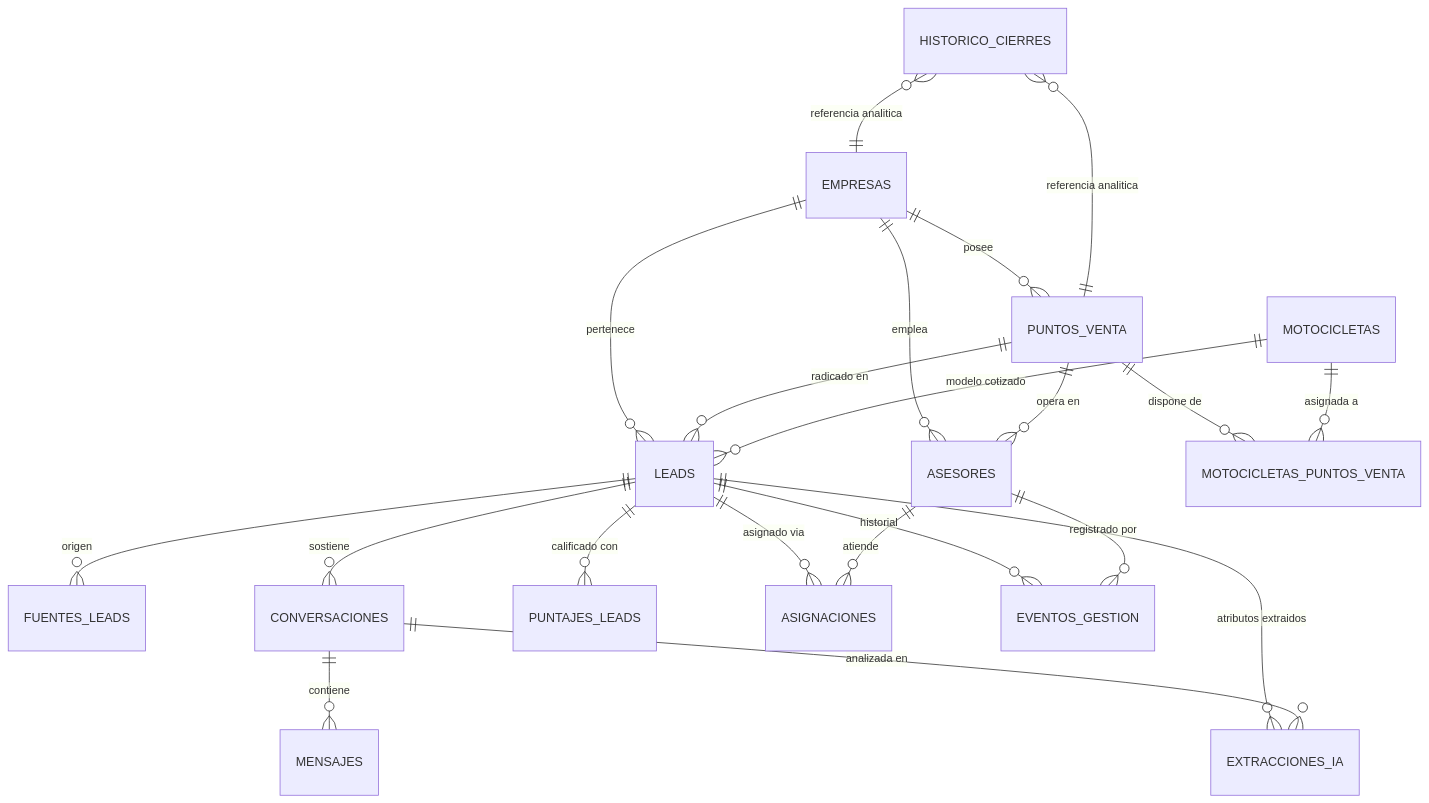
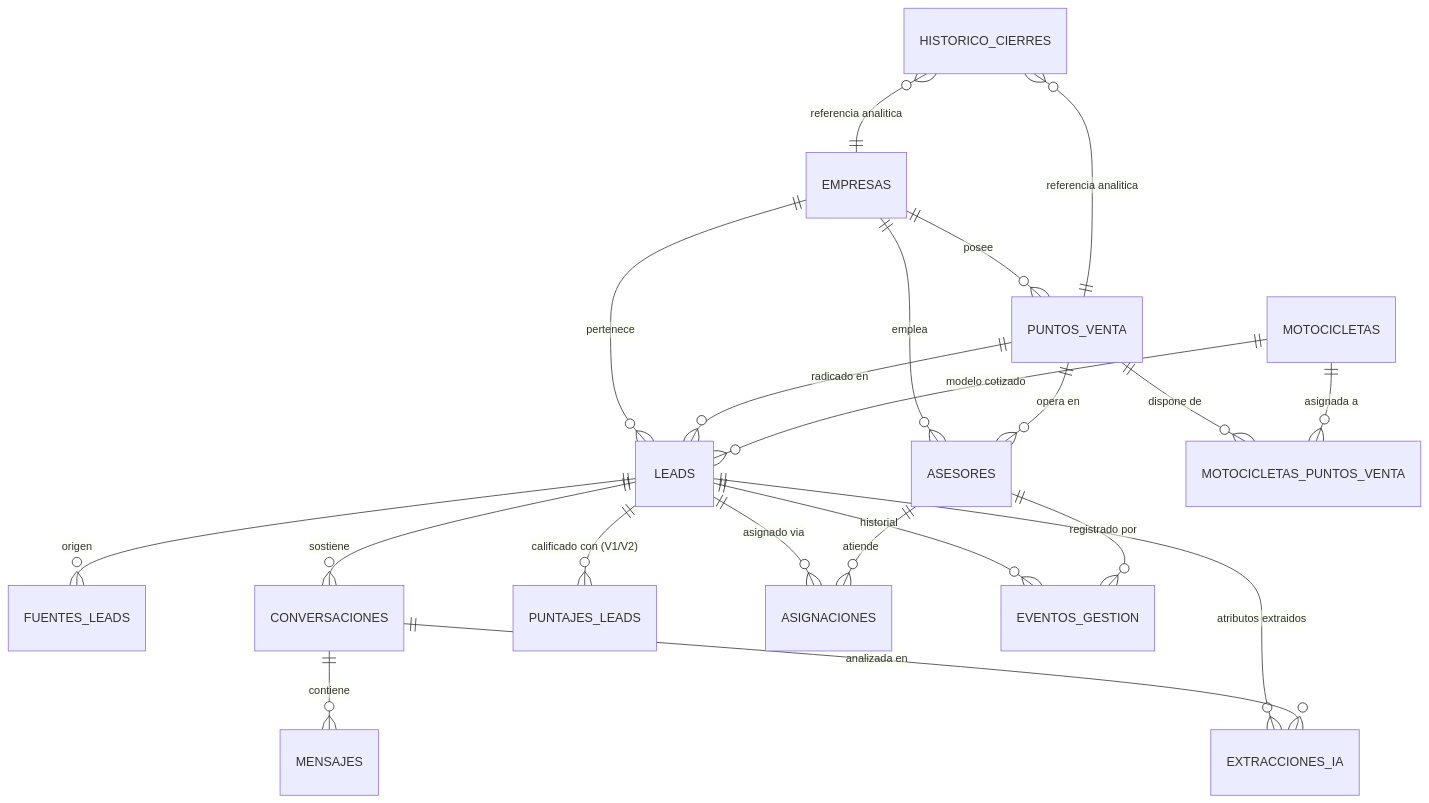
One commit to c-c23/motos-AI changed the fifth of 5 diagrams in README.md. Above: the diagram before and after it, drawn with Mermaid. The commit also changed other lines of this file, not shown here.

````diff
--- a/README.md
+++ b/README.md
@@ -246,26 +425,26 @@
 ```mermaid
 erDiagram
     EMPRESAS ||--o{ PUNTOS_VENTA : "posee"
     EMPRESAS ||--o{ ASESORES : "emplea"
     EMPRESAS ||--o{ LEADS : "pertenece"
     PUNTOS_VENTA ||--o{ ASESORES : "opera en"
     PUNTOS_VENTA ||--o{ LEADS : "radicado en"
     PUNTOS_VENTA ||--o{ MOTOCICLETAS_PUNTOS_VENTA : "dispone de"
     MOTOCICLETAS ||--o{ MOTOCICLETAS_PUNTOS_VENTA : "asignada a"
     MOTOCICLETAS ||--o{ LEADS : "modelo cotizado"
     
     LEADS ||--o{ FUENTES_LEADS : "origen"
     LEADS ||--o{ CONVERSACIONES : "sostiene"
     CONVERSACIONES ||--o{ MENSAJES : "contiene"
     LEADS ||--o{ EXTRACCIONES_IA : "atributos extraidos"
     CONVERSACIONES ||--o{ EXTRACCIONES_IA : "analizada en"
     
-    LEADS ||--o{ PUNTAJES_LEADS : "calificado con"
+    LEADS ||--o{ PUNTAJES_LEADS : "calificado con (V1/V2)"
     LEADS ||--o{ ASIGNACIONES : "asignado via"
     ASESORES ||--o{ ASIGNACIONES : "atiende"
     LEADS ||--o{ EVENTOS_GESTION : "historial"
     ASESORES ||--o{ EVENTOS_GESTION : "registrado por"
 
     HISTORICO_CIERRES }o--|| EMPRESAS : "referencia analitica"
     HISTORICO_CIERRES }o--|| PUNTOS_VENTA : "referencia analitica"
 ```
````
